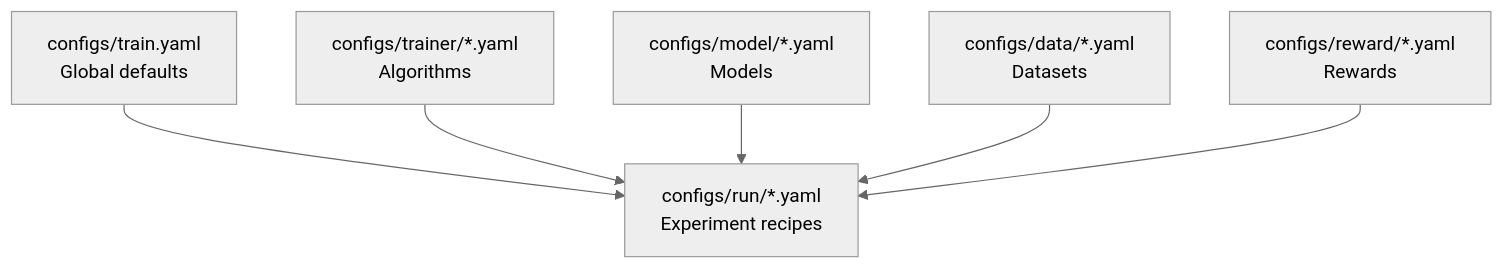
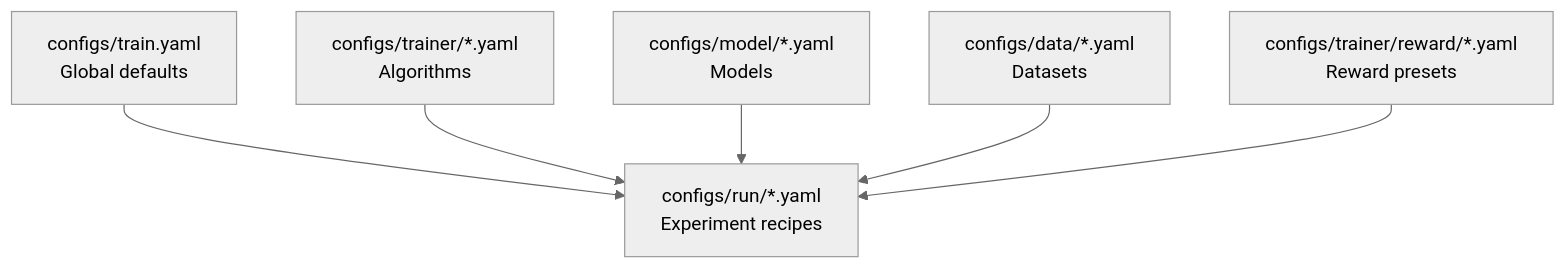
One commit to Arc-Computer/ATLAS changed the diagram in docs/training/configuration.mdx. Above: the diagram before and after it, drawn with Mermaid (neutral theme). The commit also changed other lines of this file, not shown here.

Commit message:
Update reward config path in training docs
Changed the reward configuration path reference from 'configs/reward/*.yaml' to 'configs/trainer/reward/*.yaml' and updated related documentation to clarify reward presets location and usage.

````diff
--- a/docs/training/configuration.mdx
+++ b/docs/training/configuration.mdx
@@ -123,8 +123,8 @@
 ```mermaid
 graph TD
     A[configs/train.yaml<br/>Global defaults] --> B[configs/run/*.yaml<br/>Experiment recipes]
     C[configs/trainer/*.yaml<br/>Algorithms] --> B
     D[configs/model/*.yaml<br/>Models] --> B
     E[configs/data/*.yaml<br/>Datasets] --> B
-    F[configs/reward/*.yaml<br/>Rewards] --> B
+    F[configs/trainer/reward/*.yaml<br/>Reward presets] --> B
 ```
````
